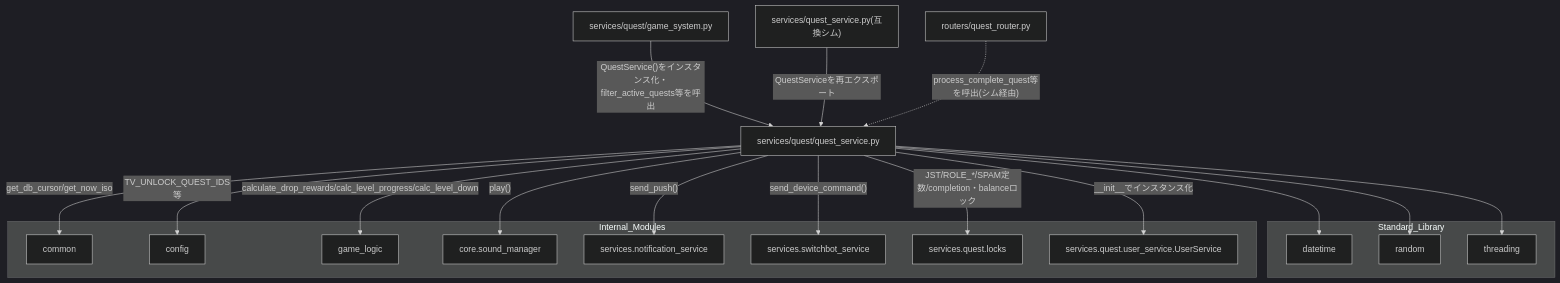
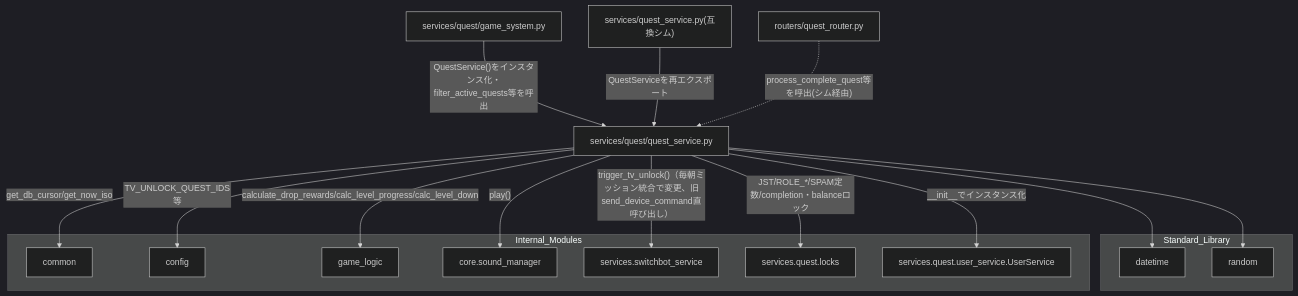
The second of 2 diagrams in docs/specifications/MY_HOME_SYSTEM/quest_quest_service.md (mmtigers/my_python_project), drawn with Mermaid (dark theme) before and after one commit. The commit also changed other lines of this file and 16 other files, not shown here.

````diff
--- a/docs/specifications/MY_HOME_SYSTEM/quest_quest_service.md
+++ b/docs/specifications/MY_HOME_SYSTEM/quest_quest_service.md
@@ -432,37 +420,33 @@
 ```mermaid
 graph TD
     QuestServiceFile["services/quest/quest_service.py"]
 
     subgraph Standard_Library
         DatetimeMod["datetime"]
         RandomMod["random"]
-        ThreadingMod["threading"]
     end
 
     subgraph Internal_Modules
         CommonMod["common"]
         ConfigMod["config"]
         GameLogicMod["game_logic"]
         SoundManagerMod["core.sound_manager"]
-        NotificationMod["services.notification_service"]
         SwitchbotMod["services.switchbot_service"]
         LocksMod["services.quest.locks"]
         UserServiceMod["services.quest.user_service.UserService"]
     end
 
     QuestServiceFile --> DatetimeMod
     QuestServiceFile --> RandomMod
-    QuestServiceFile --> ThreadingMod
     QuestServiceFile -->|"get_db_cursor/get_now_iso"| CommonMod
     QuestServiceFile -->|"TV_UNLOCK_QUEST_IDS等"| ConfigMod
     QuestServiceFile -->|"calculate_drop_rewards/calc_level_progress/calc_level_down"| GameLogicMod
     QuestServiceFile -->|"play()"| SoundManagerMod
-    QuestServiceFile -->|"send_push()"| NotificationMod
-    QuestServiceFile -->|"send_device_command()"| SwitchbotMod
+    QuestServiceFile -->|"trigger_tv_unlock()（毎朝ミッション統合で変更、旧send_device_command直呼び出し）"| SwitchbotMod
     QuestServiceFile -->|"JST/ROLE_*/SPAM定数/completion・balanceロック"| LocksMod
     QuestServiceFile -->|"__init__でインスタンス化"| UserServiceMod
 
     GameSystemFile["services/quest/game_system.py"] -->|"QuestService()をインスタンス化・filter_active_quests等を呼出"| QuestServiceFile
     ShimFile["services/quest_service.py(互換シム)"] -->|"QuestServiceを再エクスポート"| QuestServiceFile
     QuestRouter["routers/quest_router.py"] -.->|"process_complete_quest等を呼出(シム経由)"| QuestServiceFile
 ```
````
